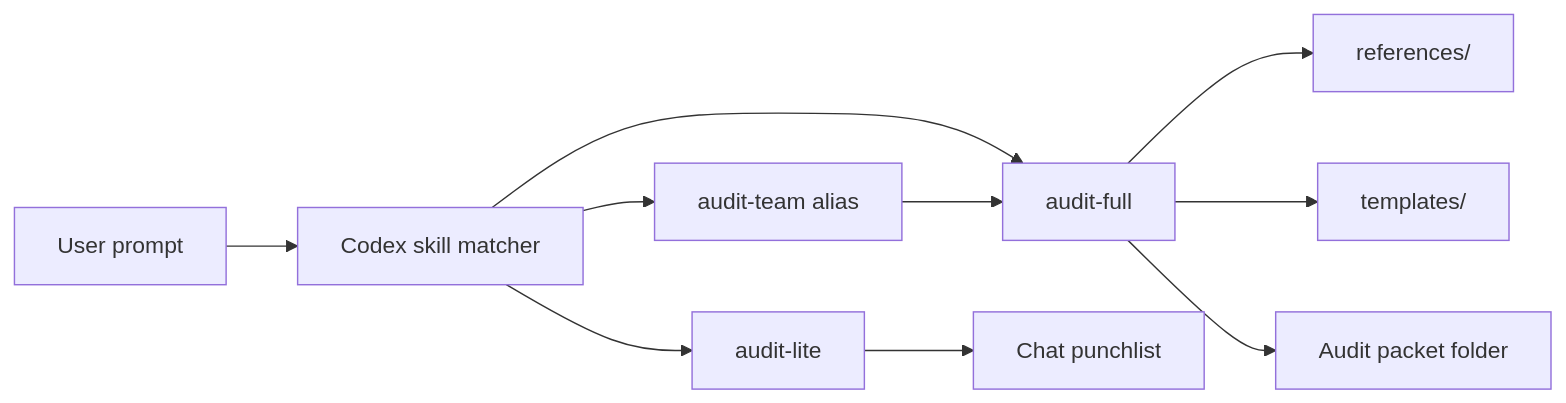
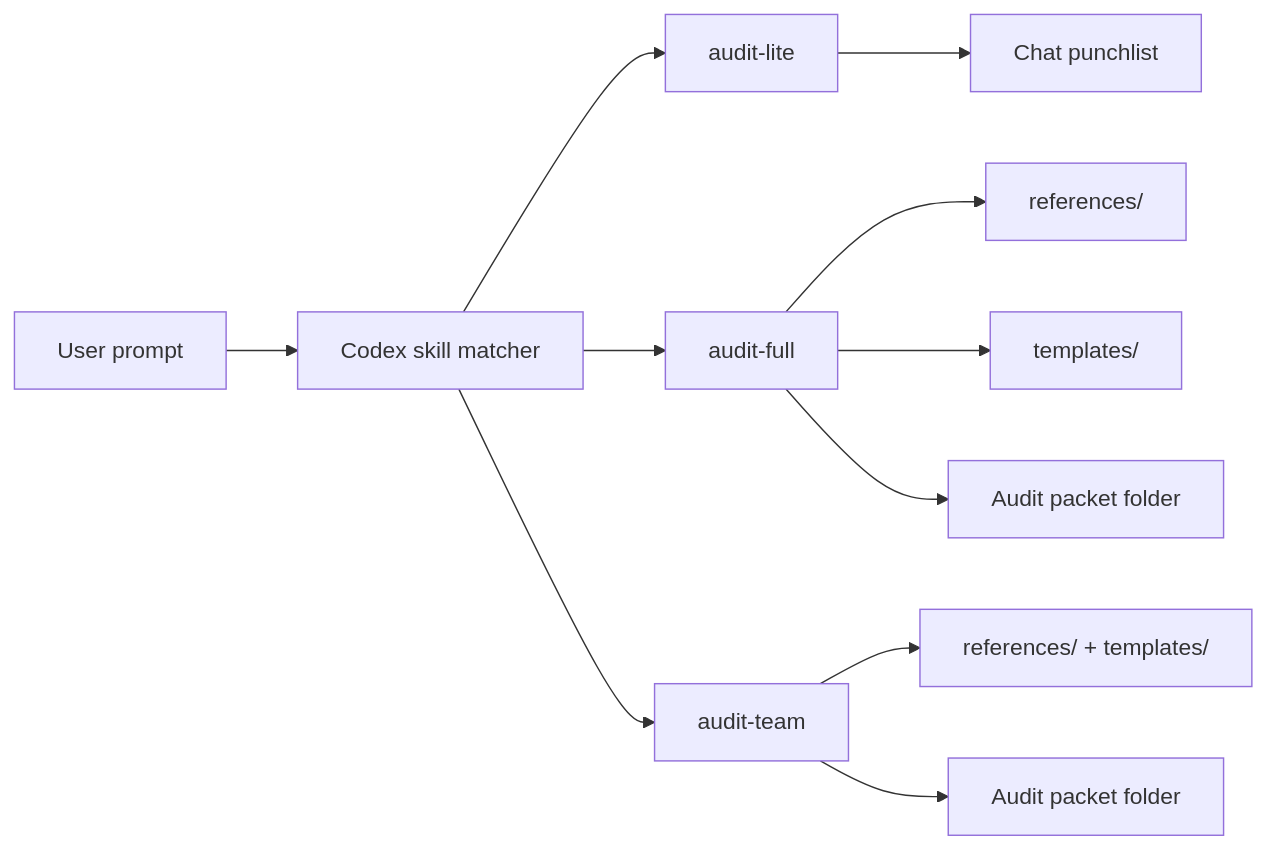
One commit to scottconverse/codex-audit-skills changed the first of 2 diagrams in docs/architecture/ARCHITECTURE.md. Above: the diagram before and after it, drawn with Mermaid. The commit also changed other lines of this file and 54 other files, not shown here.

Commit message:
Restore full-fidelity Codex audit skills

````diff
--- a/docs/architecture/ARCHITECTURE.md
+++ b/docs/architecture/ARCHITECTURE.md
@@ -9,12 +9,13 @@
 ```mermaid
 flowchart LR
     User["User prompt"] --> Router["Codex skill matcher"]
     Router --> Lite["audit-lite"]
     Router --> Full["audit-full"]
-    Router --> Team["audit-team alias"]
-    Team --> Full
+    Router --> Team["audit-team"]
     Full --> Refs["references/"]
     Full --> Templates["templates/"]
+    Team --> TeamRefs["references/ + templates/"]
     Lite --> Chat["Chat punchlist"]
     Full --> Packet["Audit packet folder"]
+    Team --> TeamPacket["Audit packet folder"]
 ```
````
